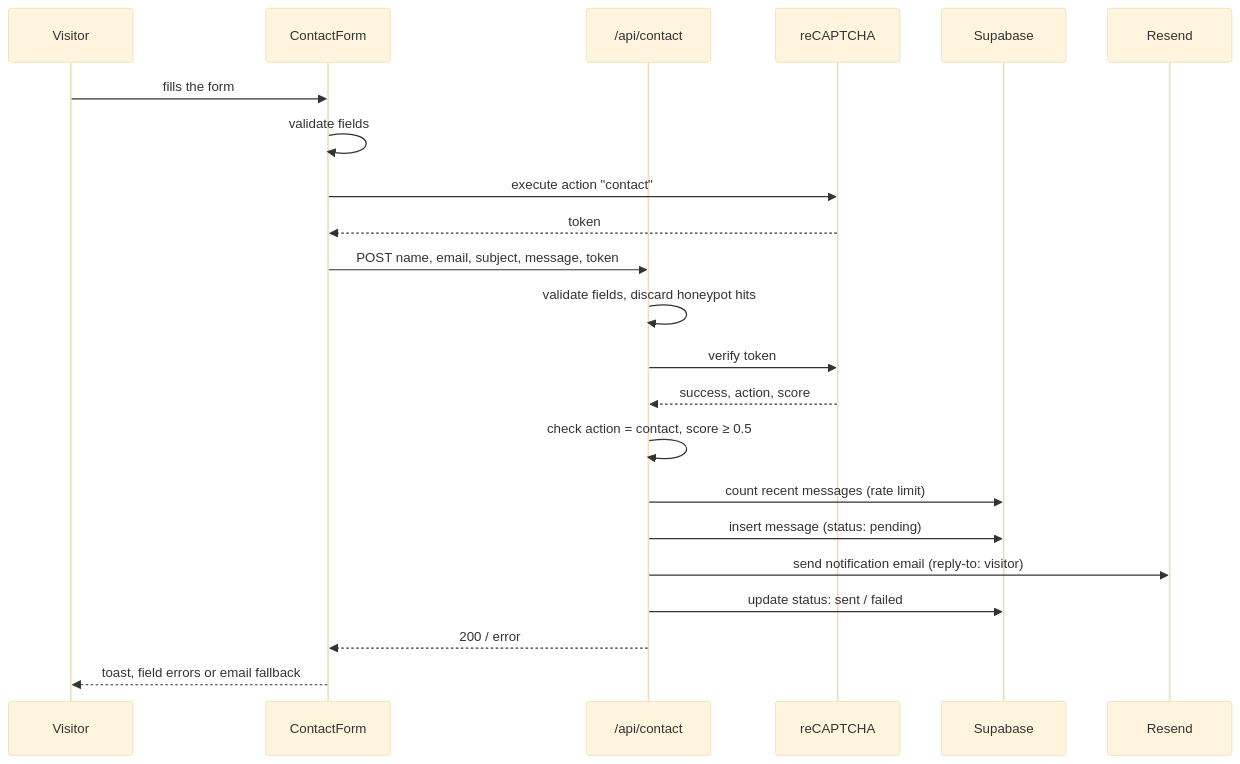
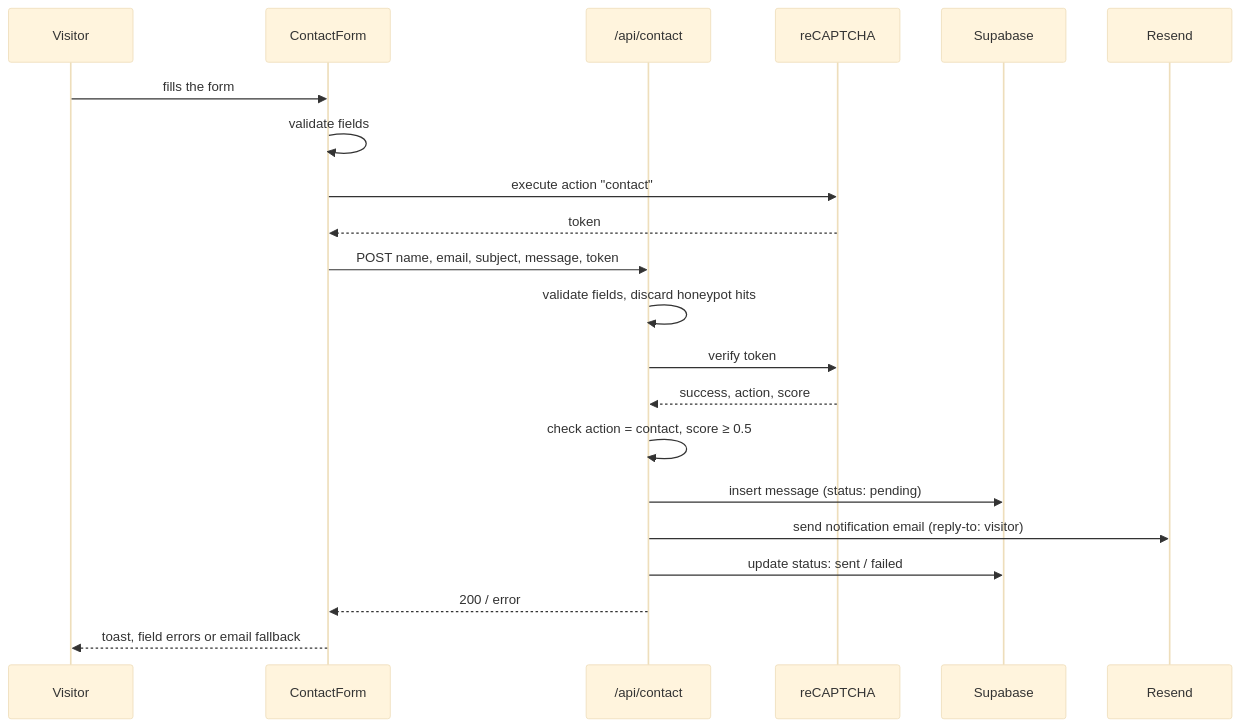
The diagram in README.md (moilolon/portfolio), drawn with Mermaid (base theme) before and after one commit. The commit also changed other lines of this file and 3 other files, not shown here.

First line of the commit message:
refactor(contact): remove the rate limit from the api route

````diff
--- a/README.md
+++ b/README.md
@@ -67,25 +67,24 @@
 ```mermaid
 sequenceDiagram
     participant V as Visitor
     participant F as ContactForm
     participant A as /api/contact
     participant G as reCAPTCHA
     participant S as Supabase
     participant R as Resend
 
     V->>F: fills the form
     F->>F: validate fields
     F->>G: execute action "contact"
     G-->>F: token
     F->>A: POST name, email, subject, message, token
     A->>A: validate fields, discard honeypot hits
     A->>G: verify token
     G-->>A: success, action, score
     A->>A: check action = contact, score ≥ 0.5
-    A->>S: count recent messages (rate limit)
     A->>S: insert message (status: pending)
     A->>R: send notification email (reply-to: visitor)
     A->>S: update status: sent / failed
     A-->>F: 200 / error
     F-->>V: toast, field errors or email fallback
 ```
````
